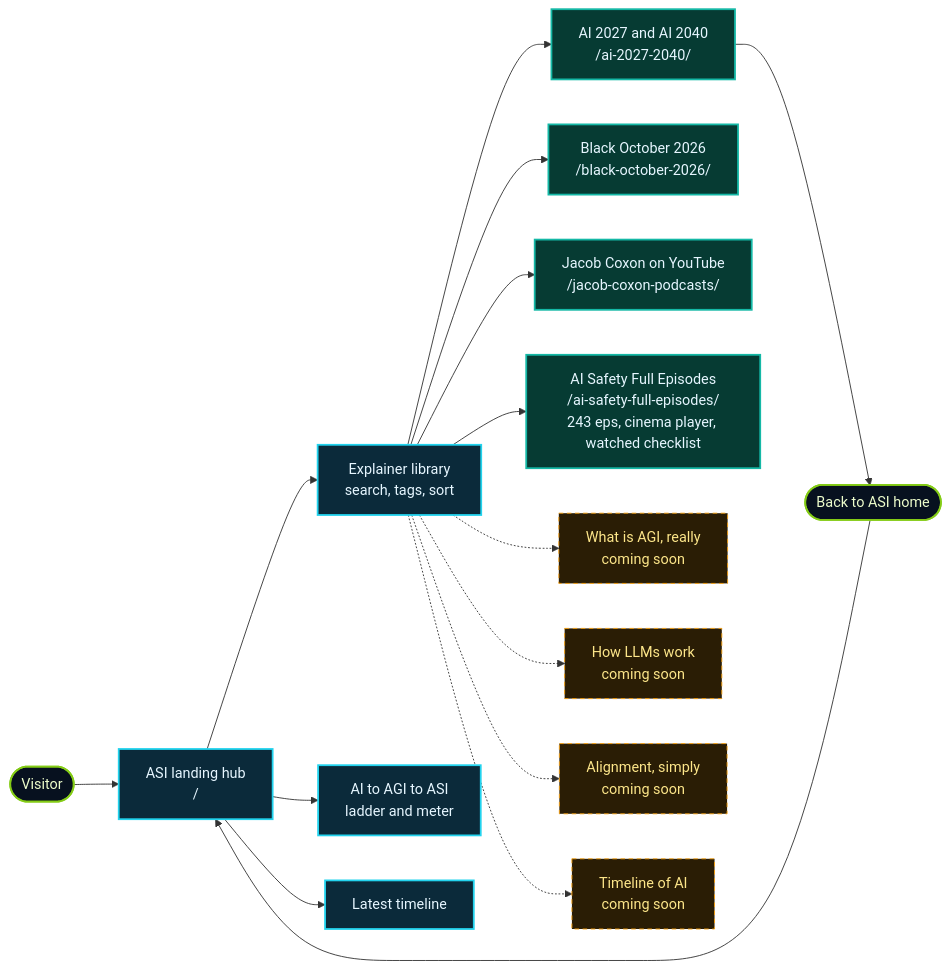
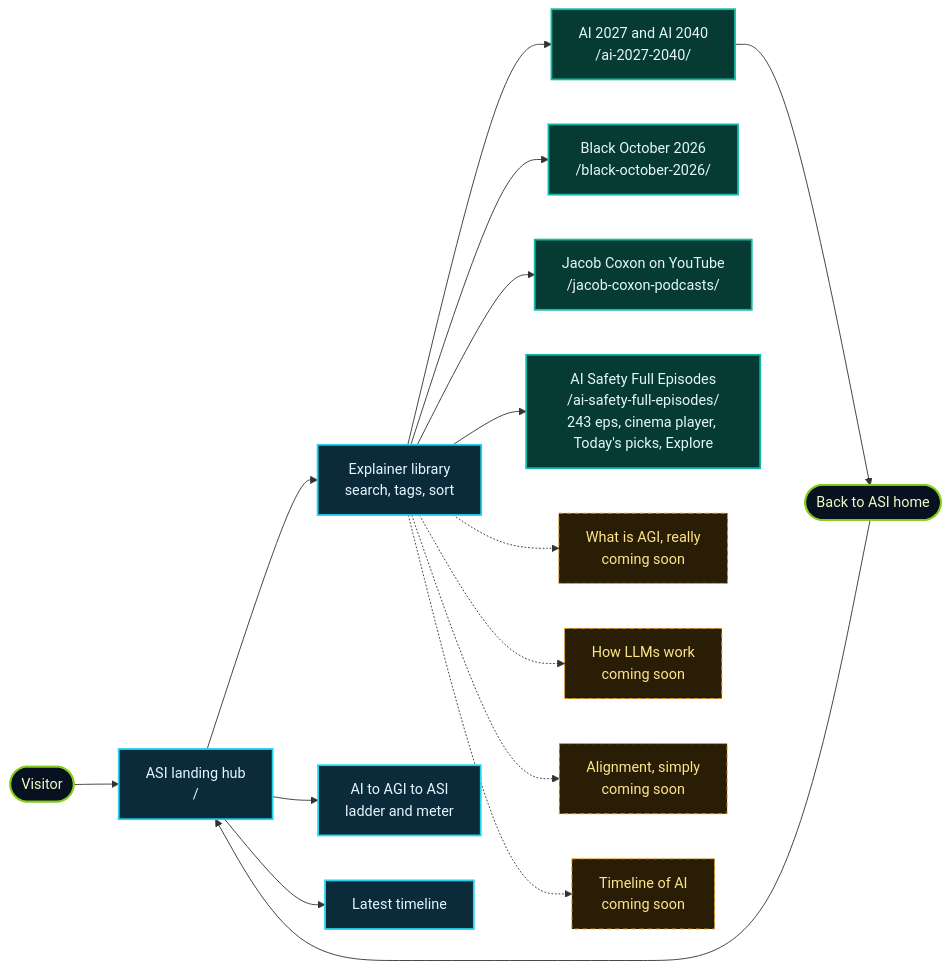
The first of 12 diagrams in README.md (lo3elyon/ASI), drawn with Mermaid before and after one commit. The commit also changed other lines of this file, not shown here.

Commit message:
ASI hub: update README.md for the AI Safety Full Episodes picks, Explore and polish update

````diff
--- a/README.md
+++ b/README.md
@@ -70,25 +70,25 @@
 ```mermaid
 flowchart LR
     V(["Visitor"]) --> H["ASI landing hub<br/>/"]
     H --> L["Explainer library<br/>search, tags, sort"]
     H --> G["AI to AGI to ASI<br/>ladder and meter"]
     H --> T["Latest timeline"]
     L --> E1["AI 2027 and AI 2040<br/>/ai-2027-2040/"]
     L --> E6["Black October 2026<br/>/black-october-2026/"]
     L --> E7["Jacob Coxon on YouTube<br/>/jacob-coxon-podcasts/"]
-    L --> E8["AI Safety Full Episodes<br/>/ai-safety-full-episodes/<br/>243 eps, cinema player, watched checklist"]
+    L --> E8["AI Safety Full Episodes<br/>/ai-safety-full-episodes/<br/>243 eps, cinema player, Today's picks, Explore"]
     L -.-> E2["What is AGI, really<br/>coming soon"]
     L -.-> E3["How LLMs work<br/>coming soon"]
     L -.-> E4["Alignment, simply<br/>coming soon"]
     L -.-> E5["Timeline of AI<br/>coming soon"]
     E1 --> B(["Back to ASI home"])
     B --> H
     classDef hub fill:#0b2a3a,stroke:#22d3ee,stroke-width:2px,color:#e6f6ff
     classDef live fill:#063b33,stroke:#14b8a6,stroke-width:2px,color:#e6f6ff
     classDef soon fill:#2a1d05,stroke:#f59e0b,stroke-dasharray:5 4,color:#fde68a
     classDef user fill:#07111f,stroke:#84cc16,stroke-width:2px,color:#ecfccb
     class H,L,G,T hub
     class E1,E6,E7,E8 live
     class E2,E3,E4,E5 soon
     class V,B user
 ```
````
